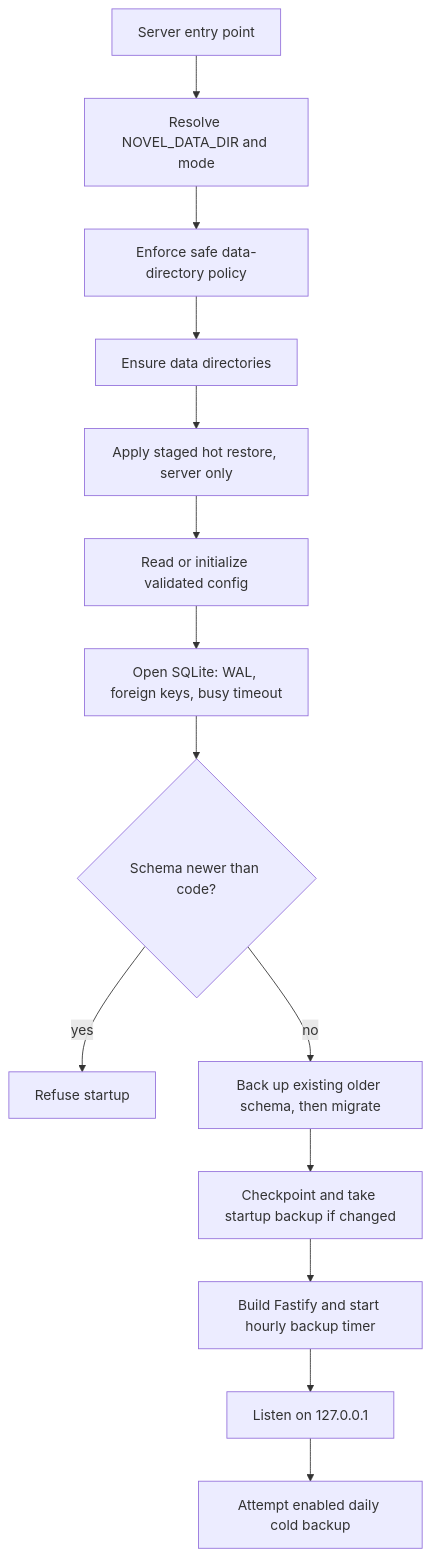
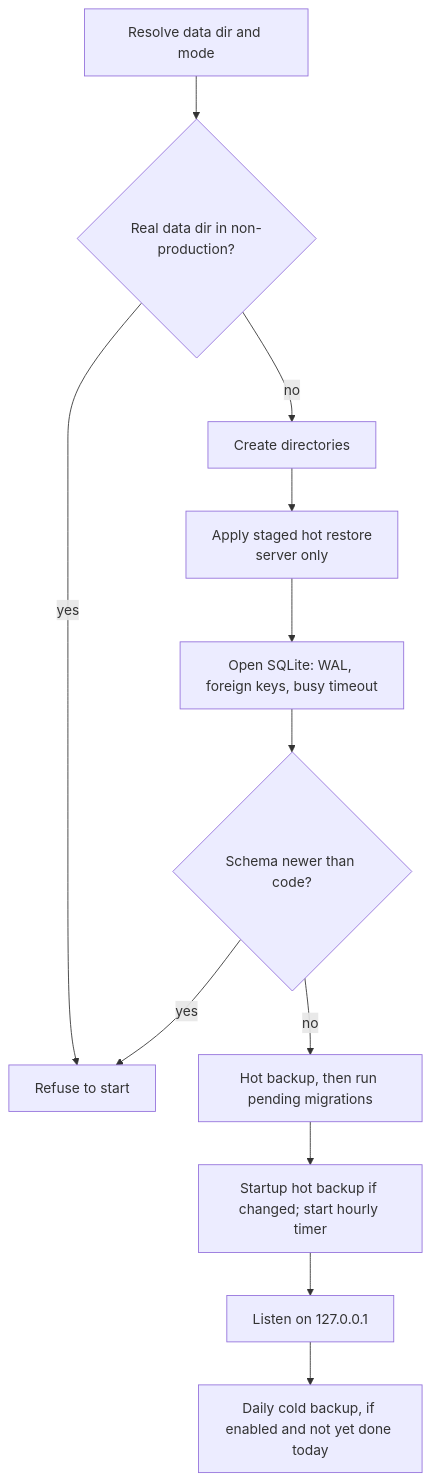
One commit to MINGYISU/NovelStudio changed the second of 5 diagrams in docs/DEVELOPER_ARCHITECTURE.md. Above: the diagram before and after it, drawn with Mermaid. The commit also changed other lines of this file, not shown here.

First line of the commit message:
Streamline developer architecture guide

````diff
--- a/docs/DEVELOPER_ARCHITECTURE.md
+++ b/docs/DEVELOPER_ARCHITECTURE.md
@@ -233,16 +143,14 @@
 ```mermaid
 flowchart TD
-    Start[Server entry point] --> Resolve[Resolve NOVEL_DATA_DIR and mode]
-    Resolve --> Guard[Enforce safe data-directory policy]
-    Guard --> Paths[Ensure data directories]
-    Paths --> Restore[Apply staged hot restore, server only]
-    Restore --> Config[Read or initialize validated config]
-    Config --> Open[Open SQLite: WAL, foreign keys, busy timeout]
-    Open --> Version{Schema newer than code?}
-    Version -->|yes| Refuse[Refuse startup]
-    Version -->|no| Migrate[Back up existing older schema, then migrate]
-    Migrate --> Backup[Checkpoint and take startup backup if changed]
-    Backup --> App[Build Fastify and start hourly backup timer]
-    App --> Listen[Listen on 127.0.0.1]
-    Listen --> Daily[Attempt enabled daily cold backup]
+    A[Resolve data dir and mode] --> B{Real data dir in non-production?}
+    B -->|yes| X[Refuse to start]
+    B -->|no| C[Create directories]
+    C --> D[Apply staged hot restore<br/>server only]
+    D --> E[Open SQLite: WAL, foreign keys, busy timeout]
+    E --> F{Schema newer than code?}
+    F -->|yes| X
+    F -->|no| G[Hot backup, then run pending migrations]
+    G --> H[Startup hot backup if changed; start hourly timer]
+    H --> I[Listen on 127.0.0.1]
+    I --> J[Daily cold backup, if enabled and not yet done today]
 ```
````
